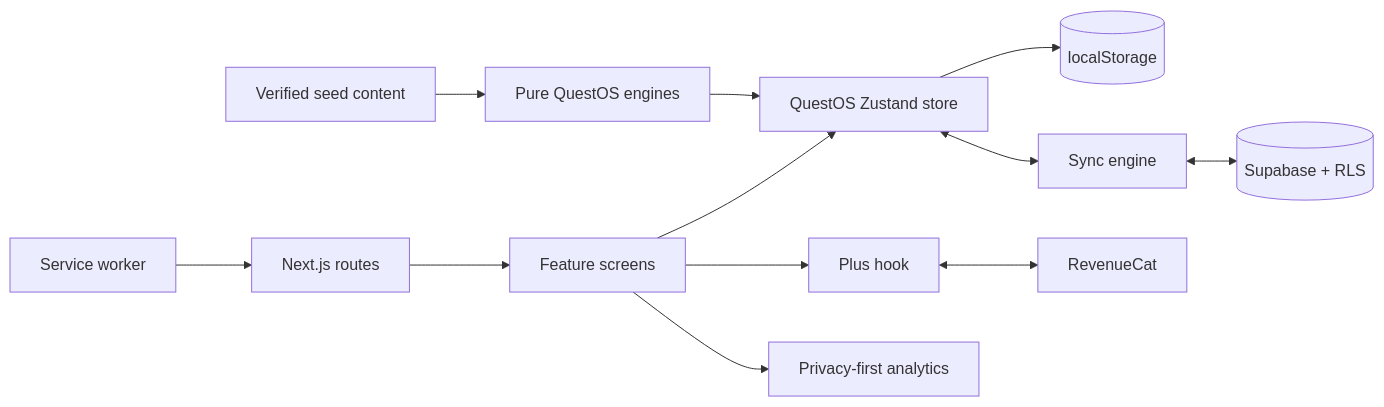
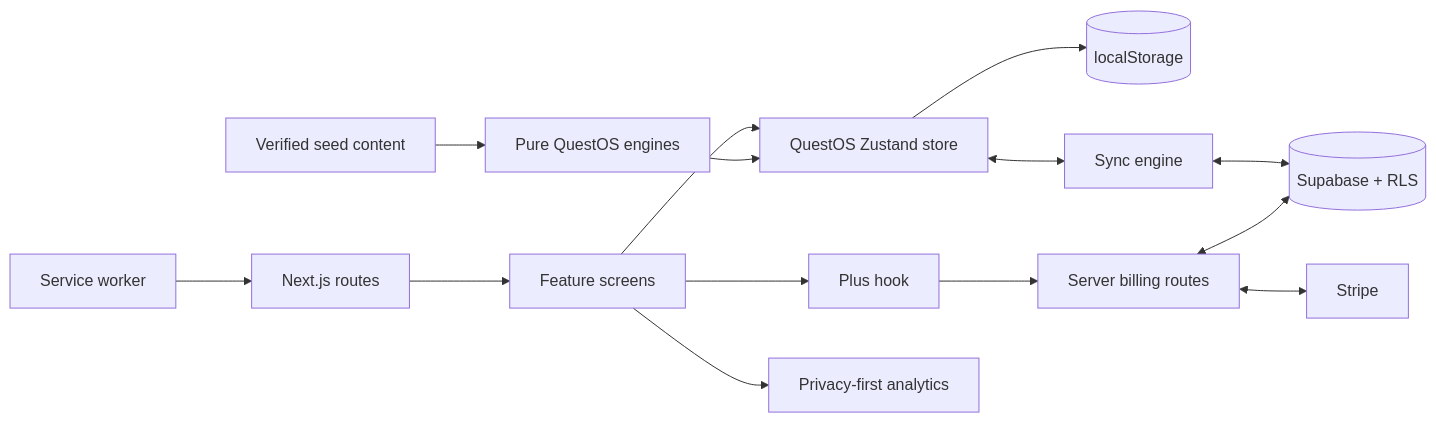
One commit to bkeigh/BibleQuest changed the diagram in docs/CODEBASE_GUIDE.md. Above: the diagram before and after it, drawn with Mermaid. The commit also changed other lines of this file and 74 other files, not shown here.

````diff
--- a/docs/CODEBASE_GUIDE.md
+++ b/docs/CODEBASE_GUIDE.md
@@ -16,14 +16,16 @@
 ```mermaid
 flowchart LR
   Routes[Next.js routes] --> Screens[Feature screens]
   Screens --> Store[QuestOS Zustand store]
   Engines[Pure QuestOS engines] --> Store
   Seed[Verified seed content] --> Engines
   Store --> Local[(localStorage)]
   Store <--> Sync[Sync engine]
   Sync <--> Supabase[(Supabase + RLS)]
   Screens --> Plus[Plus hook]
-  Plus <--> RevenueCat[RevenueCat]
+  Plus --> BillingRoutes[Server billing routes]
+  BillingRoutes <--> Stripe[Stripe]
+  BillingRoutes <--> Supabase
   Screens --> Analytics[Privacy-first analytics]
   Worker[Service worker] --> Routes
 ```
````
